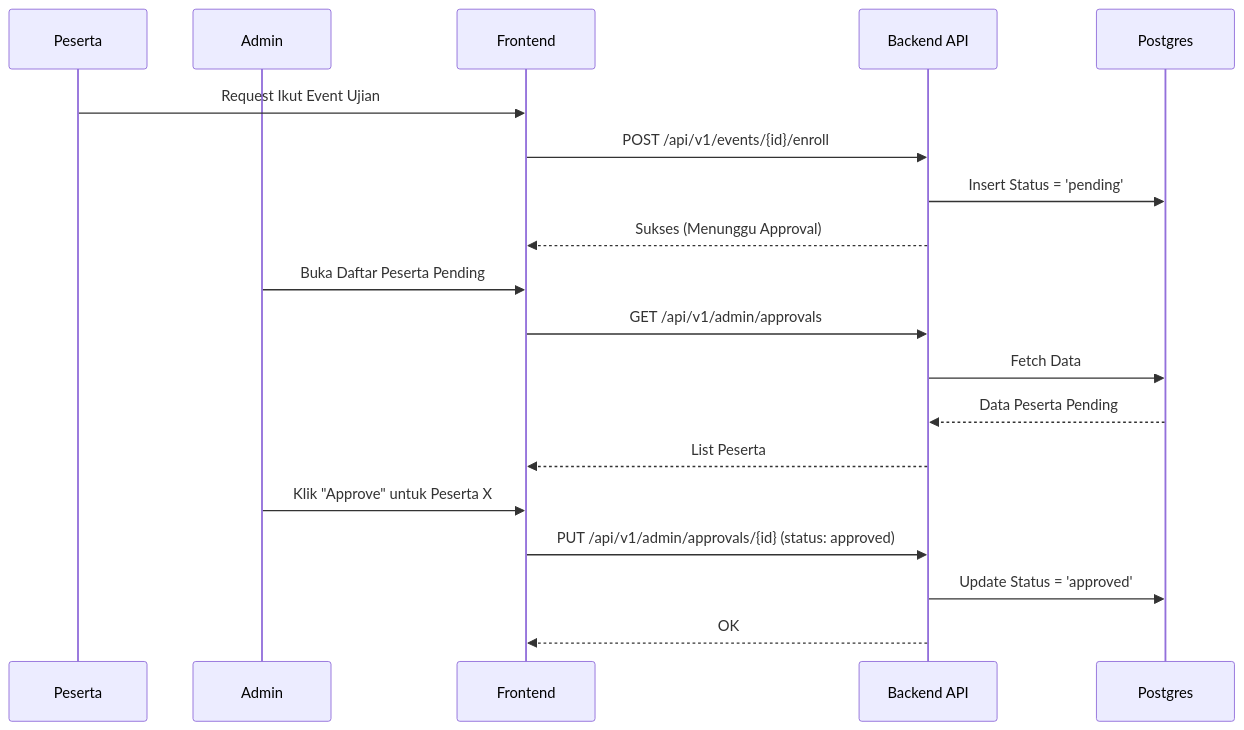
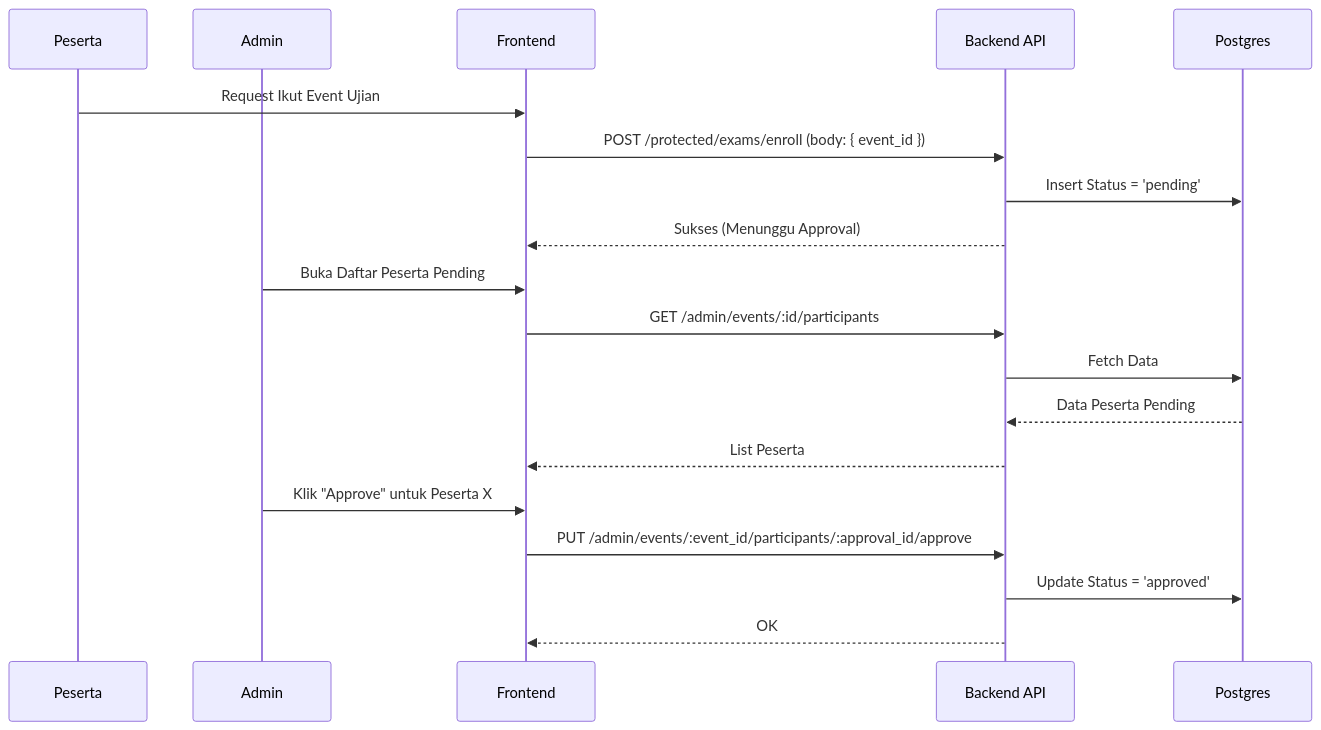
Before and after one commit to odealidj/pramuka-CAT: the fifth of 11 diagrams in docs/sequence-diagrams.md, drawn with Mermaid. The commit also changed other lines of this file and 3 other files, not shown here.

````diff
--- a/docs/sequence-diagrams.md
+++ b/docs/sequence-diagrams.md
@@ -163,24 +164,24 @@
 ```mermaid
 sequenceDiagram
     participant P as Peserta
     participant A as Admin
     participant F as Frontend
     participant B as Backend API
     participant DB as Postgres
 
     P->>F: Request Ikut Event Ujian
-    F->>B: POST /api/v1/events/{id}/enroll
+    F->>B: POST /protected/exams/enroll (body: { event_id })
     B->>DB: Insert Status = 'pending'
     B-->>F: Sukses (Menunggu Approval)
     
     A->>F: Buka Daftar Peserta Pending
-    F->>B: GET /api/v1/admin/approvals
+    F->>B: GET /admin/events/:id/participants
     B->>DB: Fetch Data
     DB-->>B: Data Peserta Pending
     B-->>F: List Peserta
     
     A->>F: Klik "Approve" untuk Peserta X
-    F->>B: PUT /api/v1/admin/approvals/{id} (status: approved)
+    F->>B: PUT /admin/events/:event_id/participants/:approval_id/approve
     B->>DB: Update Status = 'approved'
     B-->>F: OK
 ```
````
